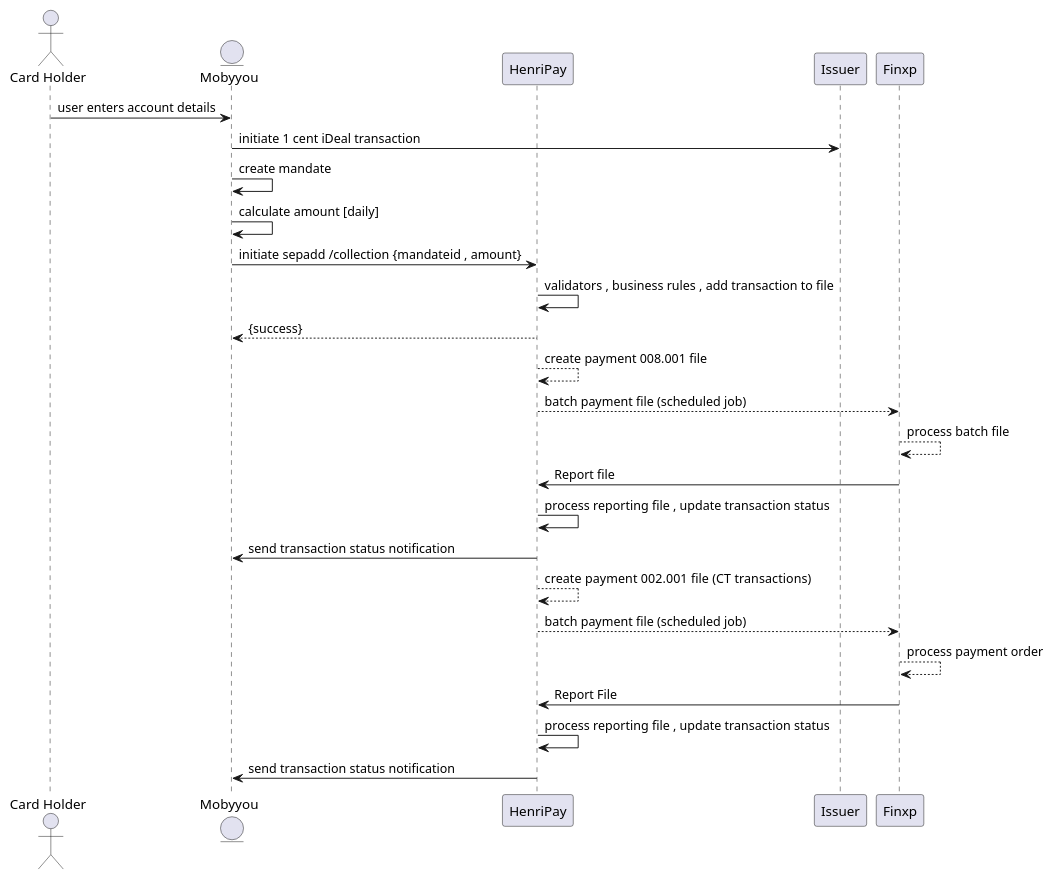
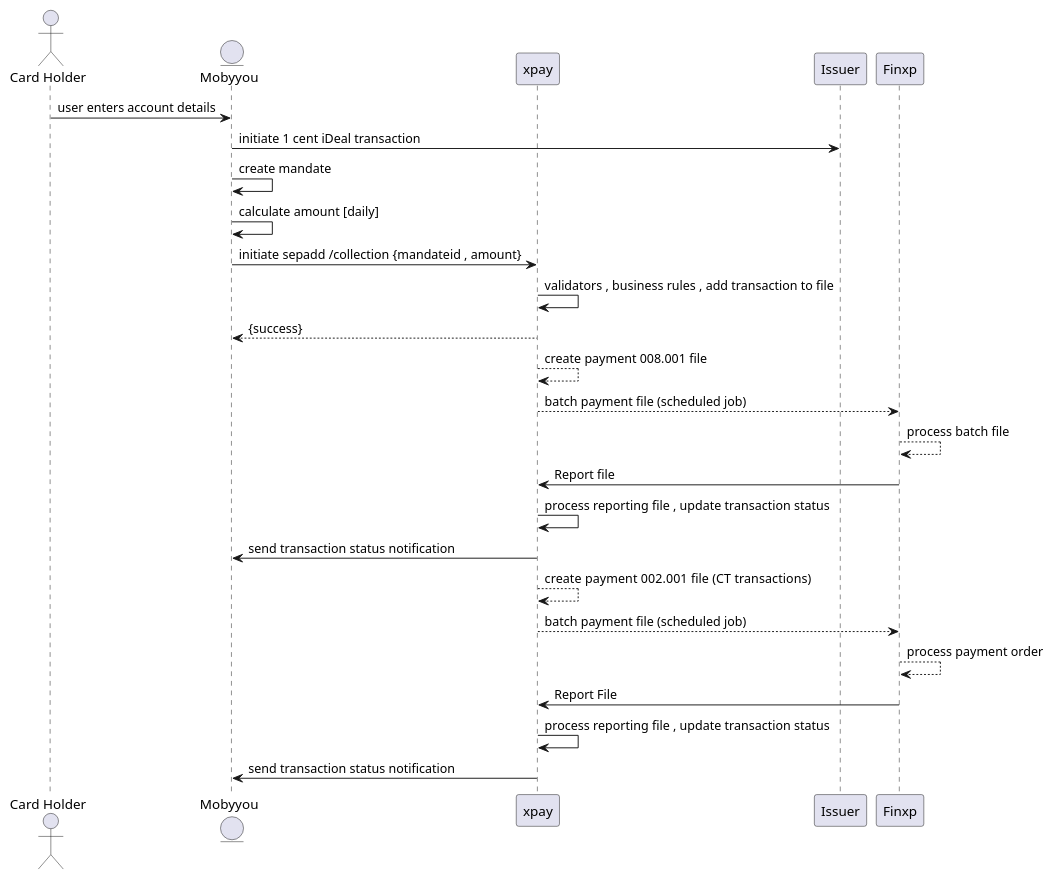
One commit to saidkhalfaoui/xpay changed the diagram in src/main/resources/sequences/arena/account-inapp.puml. Above: the diagram before and after it, drawn with PlantUML. The commit also changed 554 other files, not shown here.

```diff
--- a/src/main/resources/sequences/arena/account-inapp.puml
+++ b/src/main/resources/sequences/arena/account-inapp.puml
@@ -1,32 +1,32 @@
 @startuml
 'https://plantuml.com/sequence-diagram
 actor "Card Holder" as holder
 
 
 entity "Mobyyou" as mobyyou
-participant "HenriPay" as HenriPay
+participant "xpay" as xpay
 
 participant "Issuer" as issuer
 holder->mobyyou: user enters account details
 mobyyou-> issuer : initiate 1 cent iDeal transaction
 mobyyou->mobyyou: create mandate
 mobyyou->mobyyou : calculate amount [daily]
-mobyyou->HenriPay : initiate sepadd /collection {mandateid , amount}
-HenriPay->HenriPay: validators , business rules , add transaction to file
-HenriPay-->mobyyou : {success}
-HenriPay-->HenriPay : create payment 008.001 file
-HenriPay-->Finxp : batch payment file (scheduled job)
+mobyyou->xpay : initiate sepadd /collection {mandateid , amount}
+xpay->xpay: validators , business rules , add transaction to file
+xpay-->mobyyou : {success}
+xpay-->xpay : create payment 008.001 file
+xpay-->Finxp : batch payment file (scheduled job)
 Finxp--> Finxp : process batch file
-Finxp->HenriPay: Report file
-HenriPay->HenriPay : process reporting file , update transaction status
-HenriPay-> mobyyou : send transaction status notification
+Finxp->xpay: Report file
+xpay->xpay : process reporting file , update transaction status
+xpay-> mobyyou : send transaction status notification
 
-HenriPay-->HenriPay : create payment 002.001 file  (CT transactions)
-HenriPay-->Finxp : batch payment file (scheduled job)
+xpay-->xpay : create payment 002.001 file  (CT transactions)
+xpay-->Finxp : batch payment file (scheduled job)
 Finxp-->Finxp : process payment order
-Finxp -> HenriPay: Report File
-HenriPay->HenriPay : process reporting file , update transaction status
-HenriPay-> mobyyou : send transaction status notification
+Finxp -> xpay: Report File
+xpay->xpay : process reporting file , update transaction status
+xpay-> mobyyou : send transaction status notification
 
 
 @enduml
```
